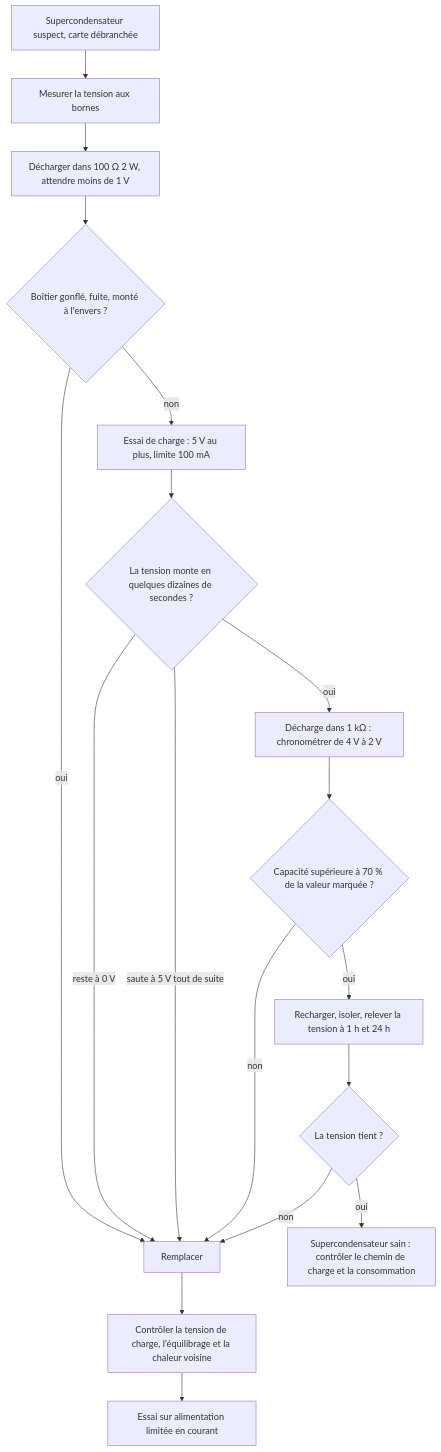
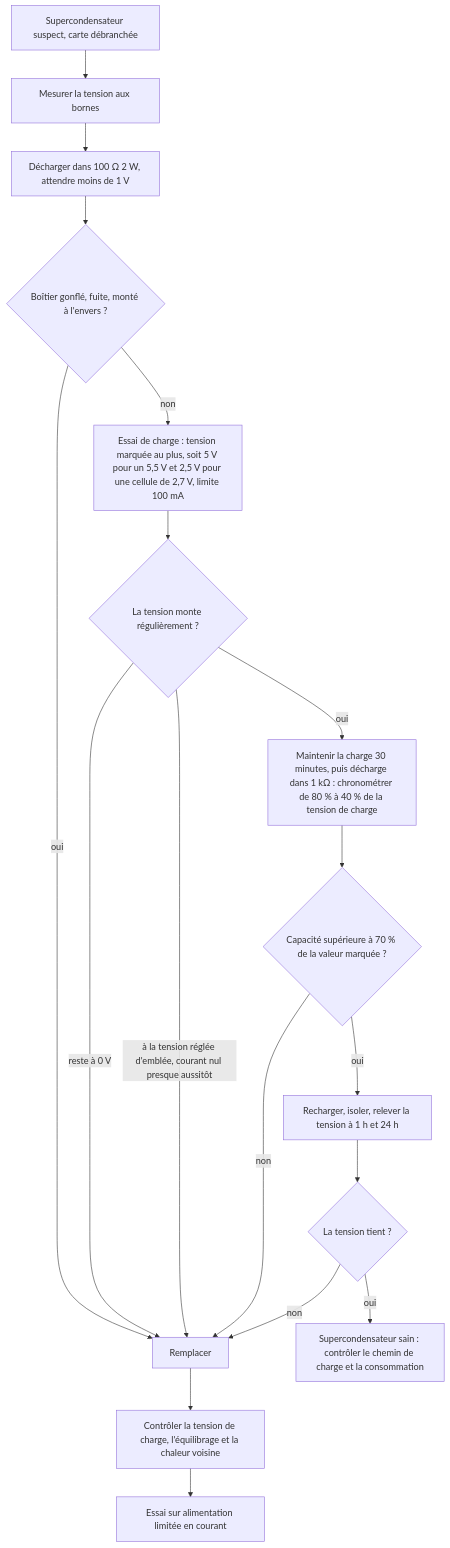
The diagram in troubleshooting/24_supercondensateur/README.md (benoit-bremaud/ohm-sweet-ohm), drawn with Mermaid before and after one commit. The commit also changed other lines of this file and 16 other files, not shown here.

````diff
--- a/troubleshooting/24_supercondensateur/README.md
+++ b/troubleshooting/24_supercondensateur/README.md
@@ -164,20 +166,20 @@
 ```mermaid
 flowchart TD
   A[Supercondensateur suspect, carte débranchée] --> B[Mesurer la tension aux bornes]
   B --> C[Décharger dans 100 Ω 2 W, attendre moins de 1 V]
   C --> D{Boîtier gonflé, fuite, monté à l'envers ?}
   D -- oui --> R[Remplacer]
-  D -- non --> E[Essai de charge : 5 V au plus, limite 100 mA]
-  E --> F{La tension monte en quelques dizaines de secondes ?}
+  D -- non --> E[Essai de charge : tension marquée au plus, soit 5 V pour un 5,5 V et 2,5 V pour une cellule de 2,7 V, limite 100 mA]
+  E --> F{La tension monte régulièrement ?}
   F -- reste à 0 V --> R
-  F -- saute à 5 V tout de suite --> R
-  F -- oui --> G[Décharge dans 1 kΩ : chronométrer de 4 V à 2 V]
+  F -- à la tension réglée d'emblée, courant nul presque aussitôt --> R
+  F -- oui --> G[Maintenir la charge 30 minutes, puis décharge dans 1 kΩ : chronométrer de 80 % à 40 % de la tension de charge]
   G --> H{Capacité supérieure à 70 % de la valeur marquée ?}
   H -- non --> R
   H -- oui --> I[Recharger, isoler, relever la tension à 1 h et 24 h]
   I --> J{La tension tient ?}
   J -- non --> R
   J -- oui --> K[Supercondensateur sain : contrôler le chemin de charge et la consommation]
   R --> L[Contrôler la tension de charge, l'équilibrage et la chaleur voisine]
   L --> M[Essai sur alimentation limitée en courant]
 ```
````
